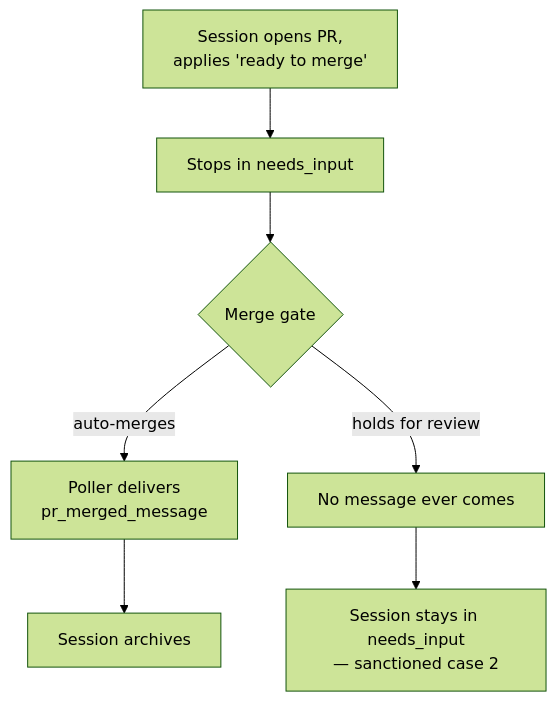
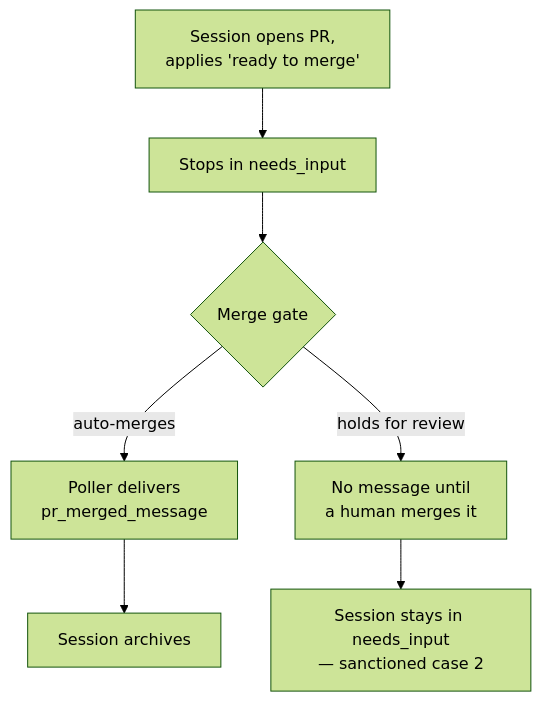
Before and after one commit to tadasant/zimmer: the first of 2 diagrams in docs/src/content/docs/sessions/goals.md, drawn with Mermaid (forest theme). The commit also changed other lines of this file and 13 other files, not shown here.

````diff
--- a/docs/src/content/docs/sessions/goals.md
+++ b/docs/src/content/docs/sessions/goals.md
@@ -41,9 +41,9 @@
 ```mermaid
 flowchart TD
     A["Session opens PR,<br/>applies 'ready to merge'"] --> B["Stops in needs_input"]
     B --> C{"Merge gate"}
     C -->|auto-merges| D["Poller delivers<br/>pr_merged_message"]
     D --> E["Session archives"]
-    C -->|holds for review| F["No message ever comes"]
+    C -->|holds for review| F["No message until<br/>a human merges it"]
     F --> G["Session stays in needs_input<br/>— sanctioned case 2"]
 ```
````
